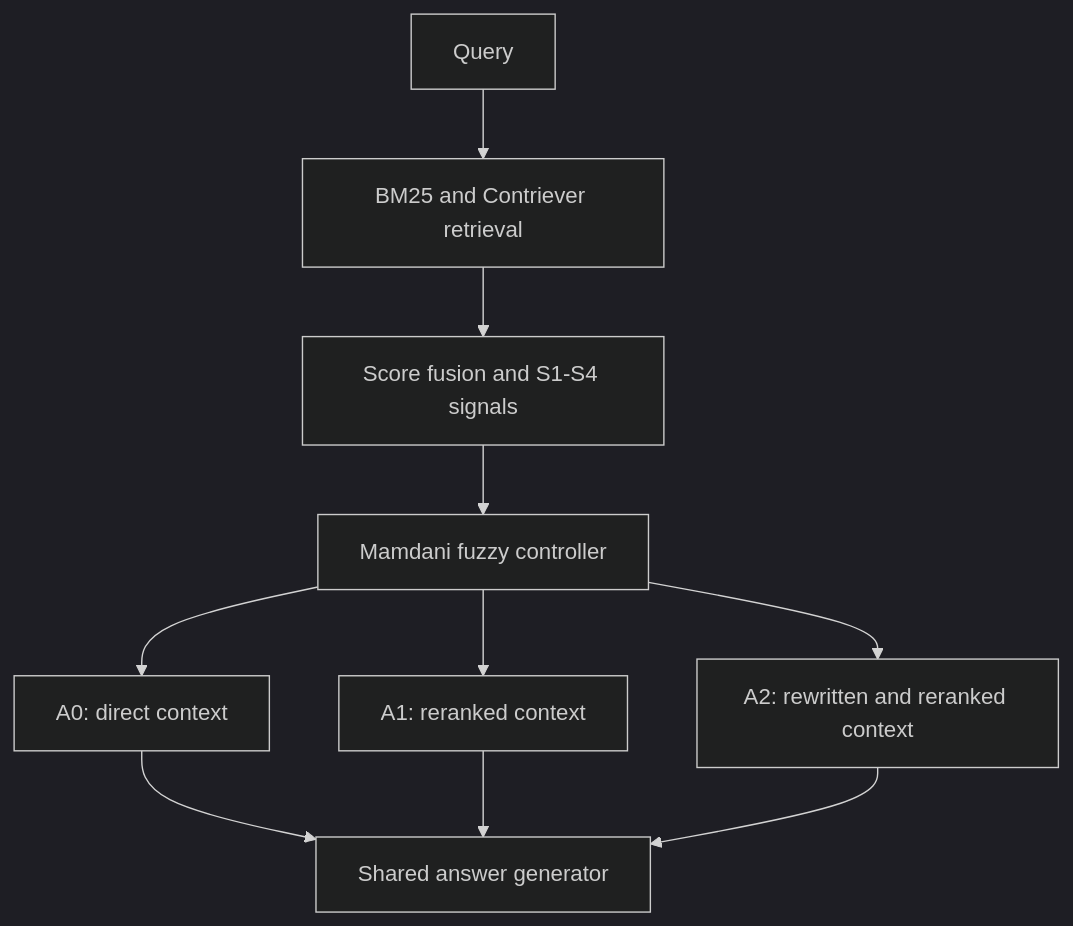
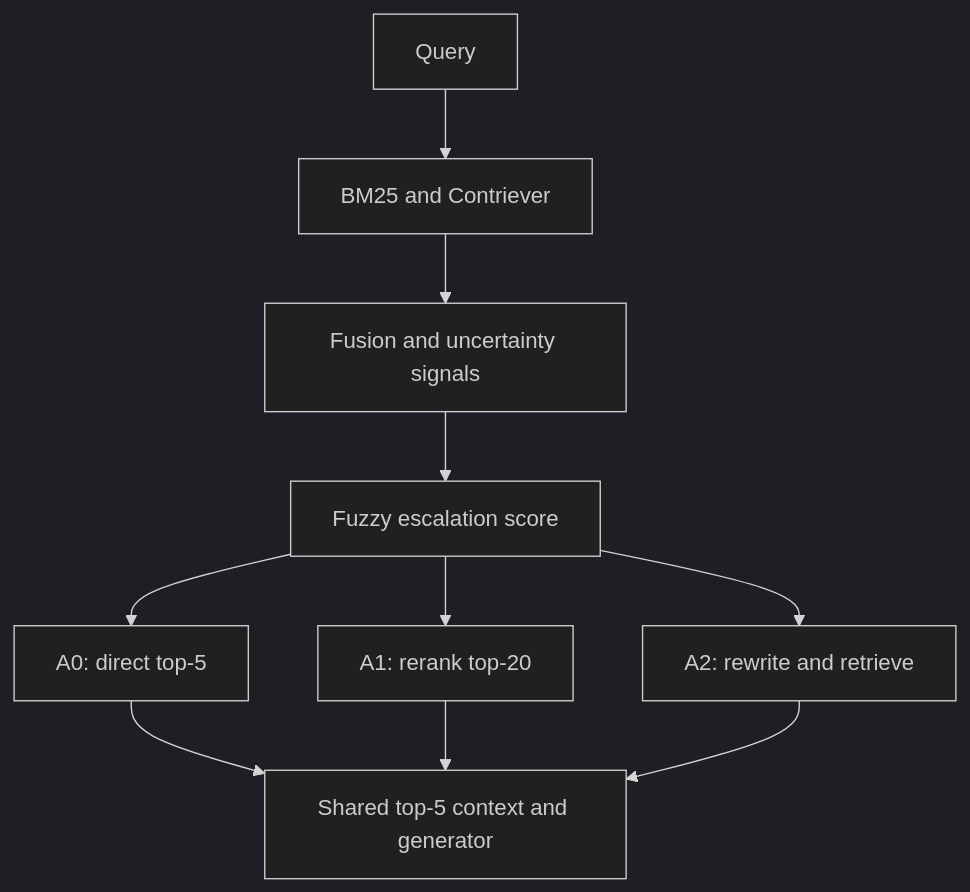
One commit to rexw713ss/Fuzzy-RAG changed the diagram in README.md. Above: the diagram before and after it, drawn with Mermaid (dark theme). The commit also changed other lines of this file and 1 other file, not shown here.

````diff
--- a/README.md
+++ b/README.md
@@ -21,12 +23,12 @@
-```mermaid
+~~~mermaid
 flowchart TD
-    Q[Query] --> R[BM25 and Contriever retrieval]
-    R --> H[Score fusion and S1-S4 signals]
-    H --> F[Mamdani fuzzy controller]
-    F --> A0[A0: direct context]
-    F --> A1[A1: reranked context]
-    F --> A2[A2: rewritten and reranked context]
-    A0 --> G[Shared answer generator]
+    Q["Query"] --> R["BM25 and Contriever"]
+    R --> S["Fusion and uncertainty signals"]
+    S --> F["Fuzzy escalation score"]
+    F --> A0["A0: direct top-5"]
+    F --> A1["A1: rerank top-20"]
+    F --> A2["A2: rewrite and retrieve"]
+    A0 --> G["Shared top-5 context and generator"]
     A1 --> G
     A2 --> G
-```
+~~~
````
